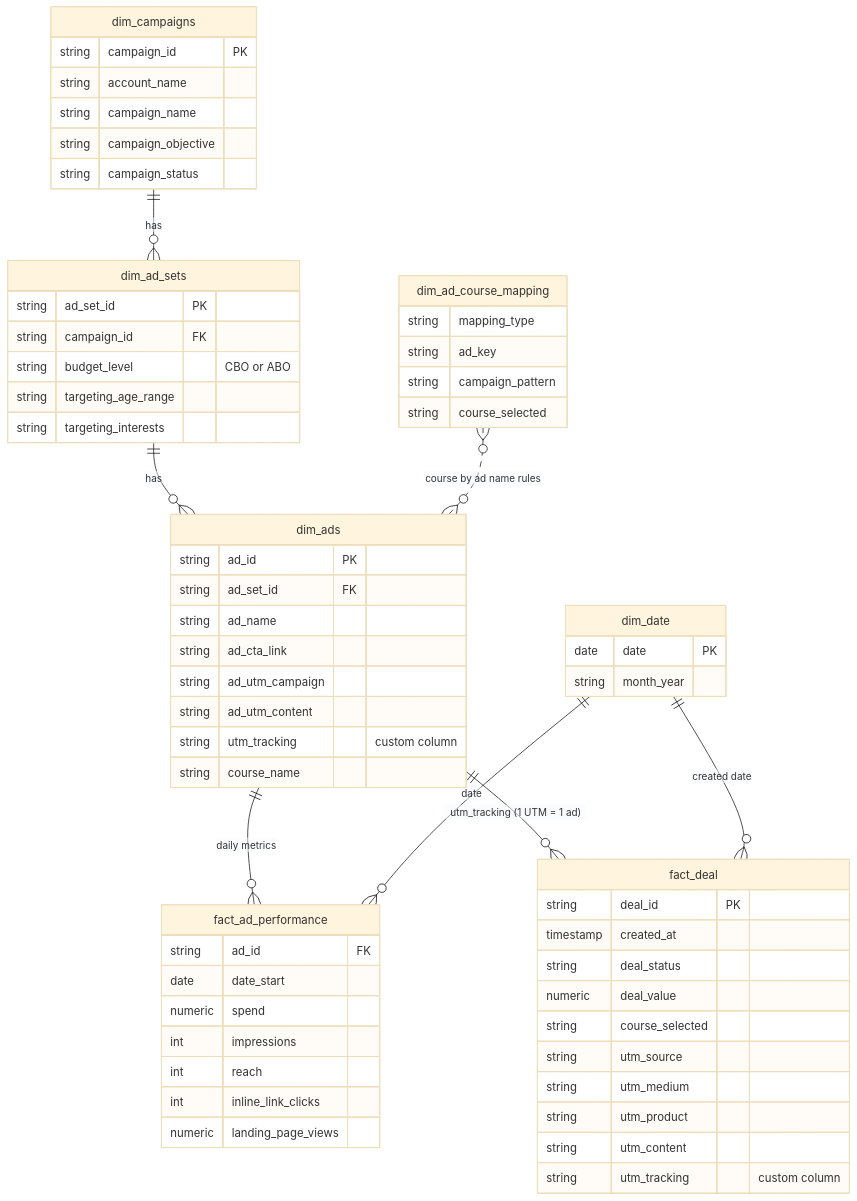
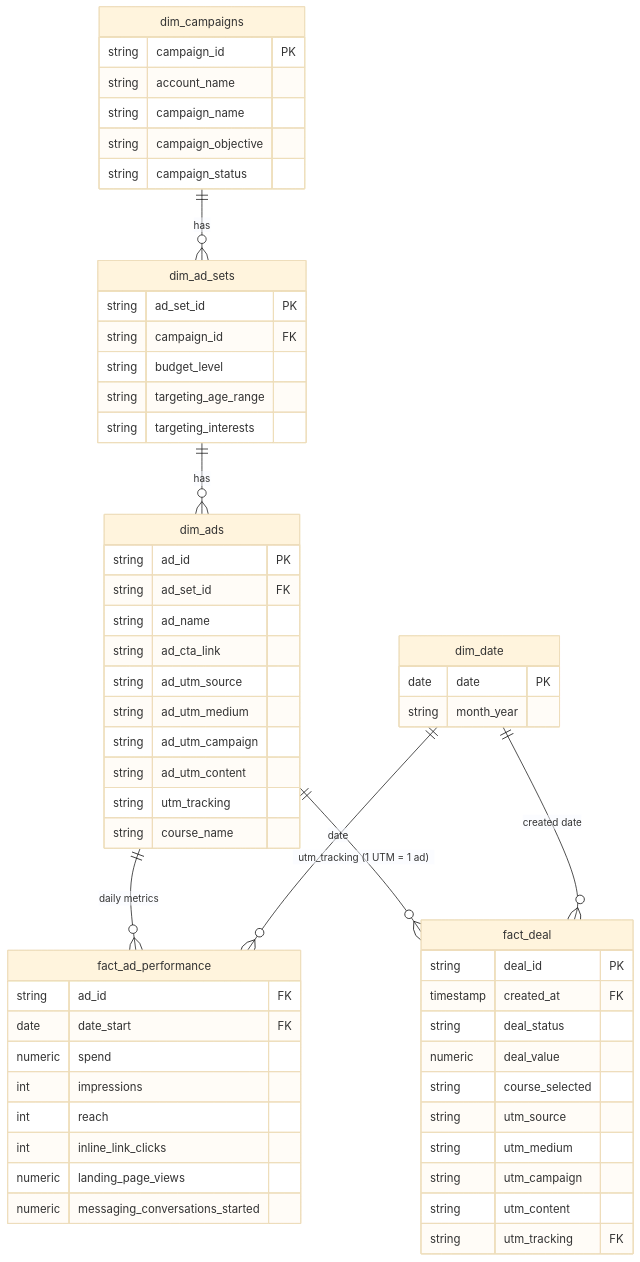
Before and after one commit to tuhoang3112/fb-ads-lead-attribution: the second of 2 diagrams in README.md, drawn with Mermaid (base theme). The commit also changed other lines of this file and 4 other files, not shown here.

First line of the commit message:
Model diagram cleanup; add messaging_conversations_started to fact_ad_performance

````diff
--- a/README.md
+++ b/README.md
@@ -111,66 +111,62 @@
 ```mermaid
 erDiagram
   dim_campaigns ||--o{ dim_ad_sets : "has"
   dim_ad_sets ||--o{ dim_ads : "has"
   dim_ads ||--o{ fact_ad_performance : "daily metrics"
-  dim_ad_course_mapping }o..o{ dim_ads : "course by ad name rules"
   dim_ads ||--o{ fact_deal : "utm_tracking (1 UTM = 1 ad)"
   dim_date ||--o{ fact_ad_performance : "date"
   dim_date ||--o{ fact_deal : "created date"
 
   dim_campaigns {
     string campaign_id PK
     string account_name
     string campaign_name
     string campaign_objective
     string campaign_status
   }
   dim_ad_sets {
     string ad_set_id PK
     string campaign_id FK
-    string budget_level "CBO or ABO"
+    string budget_level
     string targeting_age_range
     string targeting_interests
   }
   dim_ads {
     string ad_id PK
     string ad_set_id FK
     string ad_name
     string ad_cta_link
+    string ad_utm_source
+    string ad_utm_medium
     string ad_utm_campaign
     string ad_utm_content
-    string utm_tracking "custom column"
+    string utm_tracking
     string course_name
   }
   fact_ad_performance {
     string ad_id FK
-    date date_start
+    date date_start FK
     numeric spend
     int impressions
     int reach
     int inline_link_clicks
     numeric landing_page_views
-  }
-  dim_ad_course_mapping {
-    string mapping_type
-    string ad_key
-    string campaign_pattern
-    string course_selected
+    numeric messaging_conversations_started
   }
   fact_deal {
     string deal_id PK
-    timestamp created_at
+    timestamp created_at FK
     string deal_status
     numeric deal_value
     string course_selected
     string utm_source
     string utm_medium
-    string utm_product
+    string utm_campaign
     string utm_content
-    string utm_tracking "custom column"
+    string utm_tracking FK
   }
   dim_date {
     date date PK
     string month_year
   }
 ```
````
